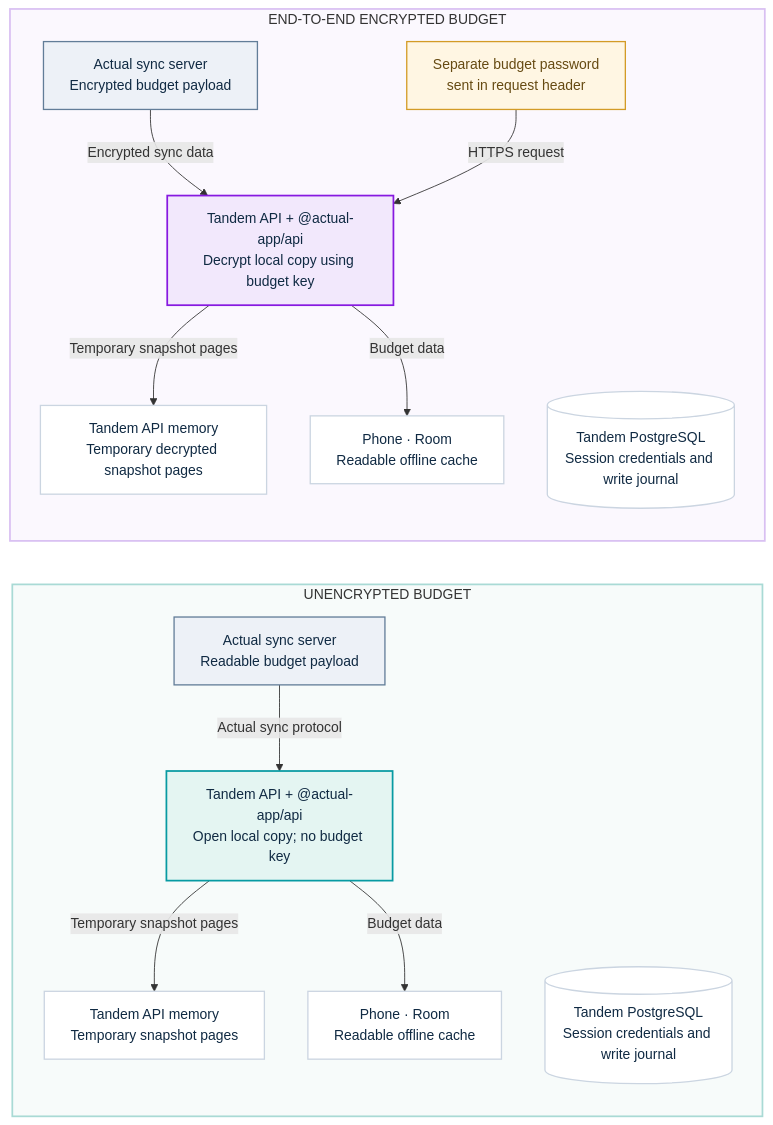
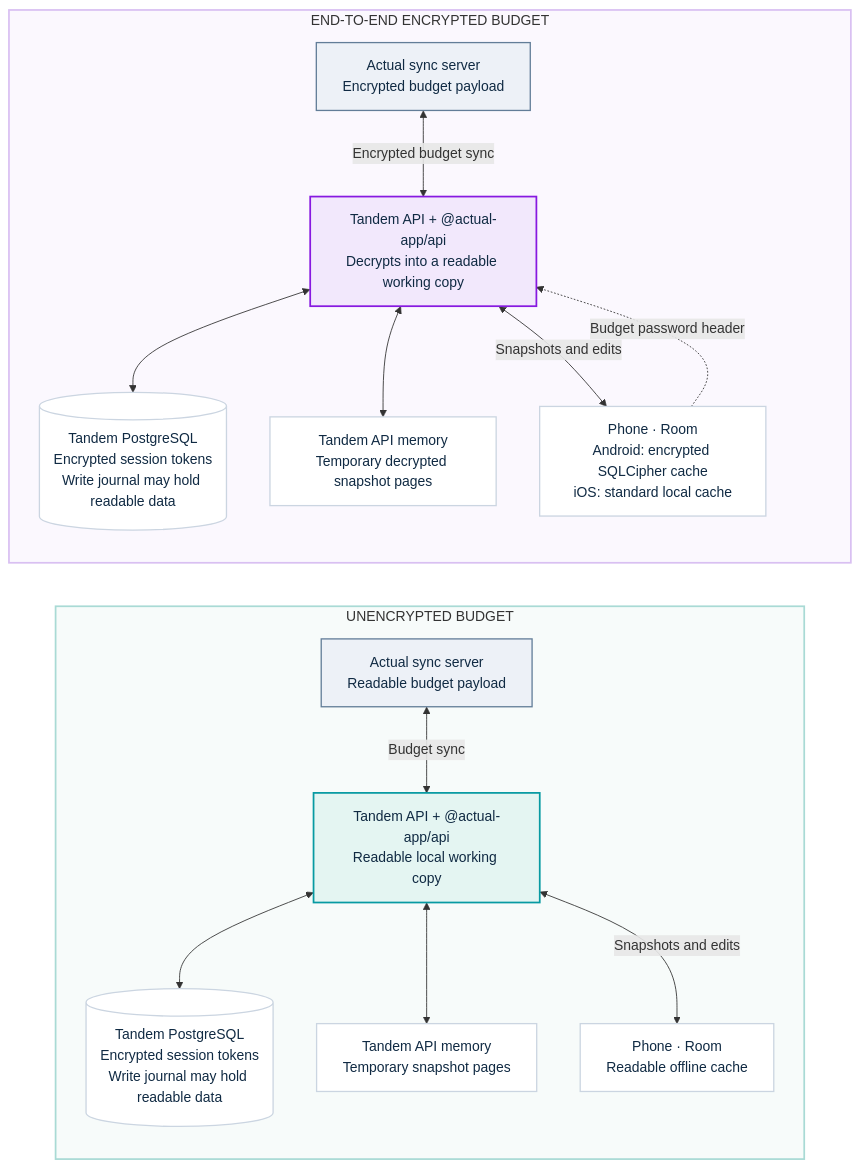
The diagram in docs/concepts/architecture-and-trust.md (Nischay-Pro/tandem), drawn with Mermaid before and after one commit. The commit also changed other lines of this file and 17 other files, not shown here.

````diff
--- a/docs/concepts/architecture-and-trust.md
+++ b/docs/concepts/architecture-and-trust.md
@@ -44,41 +44,40 @@
 ```mermaid
 flowchart LR
   subgraph plain["UNENCRYPTED BUDGET"]
     direction TB
     plainServer["Actual sync server<br/>Readable budget payload"]
-    plainApi["Tandem API + @actual-app/api<br/>Open local copy; no budget key"]
-    plainDb[("Tandem PostgreSQL<br/>Session credentials and write journal")]
+    plainApi["Tandem API + @actual-app/api<br/>Readable local working copy"]
+    plainDb[("Tandem PostgreSQL<br/>Encrypted session tokens<br/>Write journal may hold readable data")]
     plainMemory["Tandem API memory<br/>Temporary snapshot pages"]
     plainPhone["Phone · Room<br/>Readable offline cache"]
-    plainServer -->|"Actual sync protocol"| plainApi
-    plainApi -->|"Temporary snapshot pages"| plainMemory
-    plainApi -->|"Budget data"| plainPhone
+    plainServer <-->|"Budget sync"| plainApi
+    plainApi <--> plainDb
+    plainApi <--> plainMemory
+    plainApi <-->|"Snapshots and edits"| plainPhone
   end
 
   subgraph encrypted["END-TO-END ENCRYPTED BUDGET"]
     direction TB
     encryptedServer["Actual sync server<br/>Encrypted budget payload"]
-    encryptedApi["Tandem API + @actual-app/api<br/>Decrypt local copy using budget key"]
-    encryptedDb[("Tandem PostgreSQL<br/>Session credentials and write journal")]
+    encryptedApi["Tandem API + @actual-app/api<br/>Decrypts into a readable working copy"]
+    encryptedDb[("Tandem PostgreSQL<br/>Encrypted session tokens<br/>Write journal may hold readable data")]
     encryptedMemory["Tandem API memory<br/>Temporary decrypted snapshot pages"]
-    encryptedPhone["Phone · Room<br/>Readable offline cache"]
-    budgetKey["Separate budget password<br/>sent in request header"]
-    encryptedServer -->|"Encrypted sync data"| encryptedApi
-    budgetKey -->|"HTTPS request"| encryptedApi
-    encryptedApi -->|"Temporary snapshot pages"| encryptedMemory
-    encryptedApi -->|"Budget data"| encryptedPhone
+    encryptedPhone["Phone · Room<br/>Android: encrypted SQLCipher cache<br/>iOS: standard local cache"]
+    encryptedServer <-->|"Encrypted budget sync"| encryptedApi
+    encryptedApi <--> encryptedDb
+    encryptedApi <--> encryptedMemory
+    encryptedApi <-->|"Snapshots and edits"| encryptedPhone
+    encryptedPhone -.->|"Budget password header"| encryptedApi
   end
 
   classDef server fill:#EDF1F7,stroke:#627D98,color:#102A43,stroke-width:1.5px;
   classDef plainService fill:#E4F5F2,stroke:#079AA2,color:#102A43,stroke-width:2px;
   classDef encryptedService fill:#F2E8FC,stroke:#8719E0,color:#102A43,stroke-width:2px;
   classDef store fill:#FFFFFF,stroke:#CBD5E1,color:#102A43,stroke-width:1.5px;
-  classDef secret fill:#FFF6E3,stroke:#D39B26,color:#664A12,stroke-width:1.5px;
   class plainServer,encryptedServer server;
   class plainApi plainService;
   class encryptedApi encryptedService;
   class plainDb,plainMemory,plainPhone,encryptedDb,encryptedMemory,encryptedPhone store;
-  class budgetKey secret;
   style plain fill:#F7FBFA,stroke:#A9DAD5,stroke-width:2px;
   style encrypted fill:#FBF8FE,stroke:#D9C0F2,stroke-width:2px;
 ```
````
